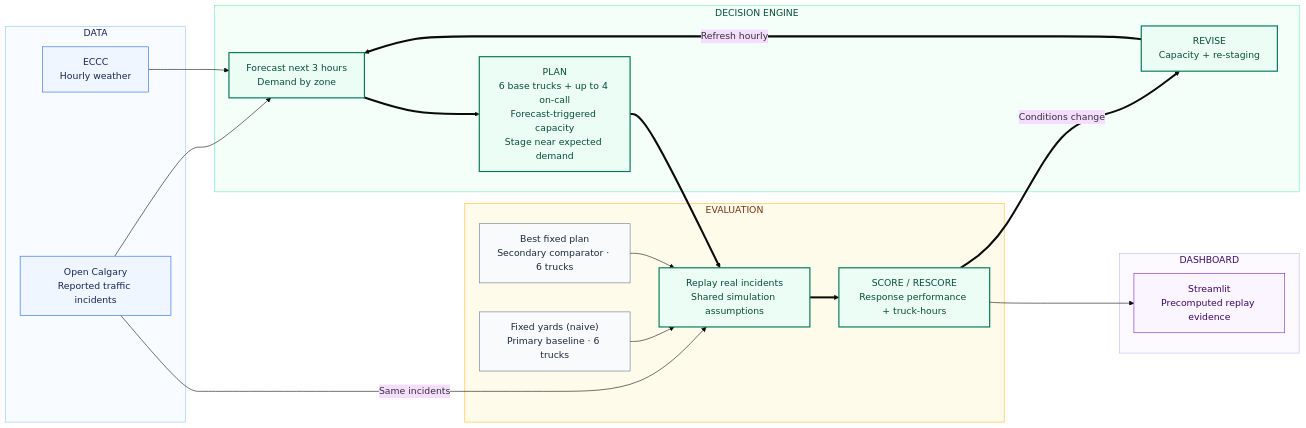
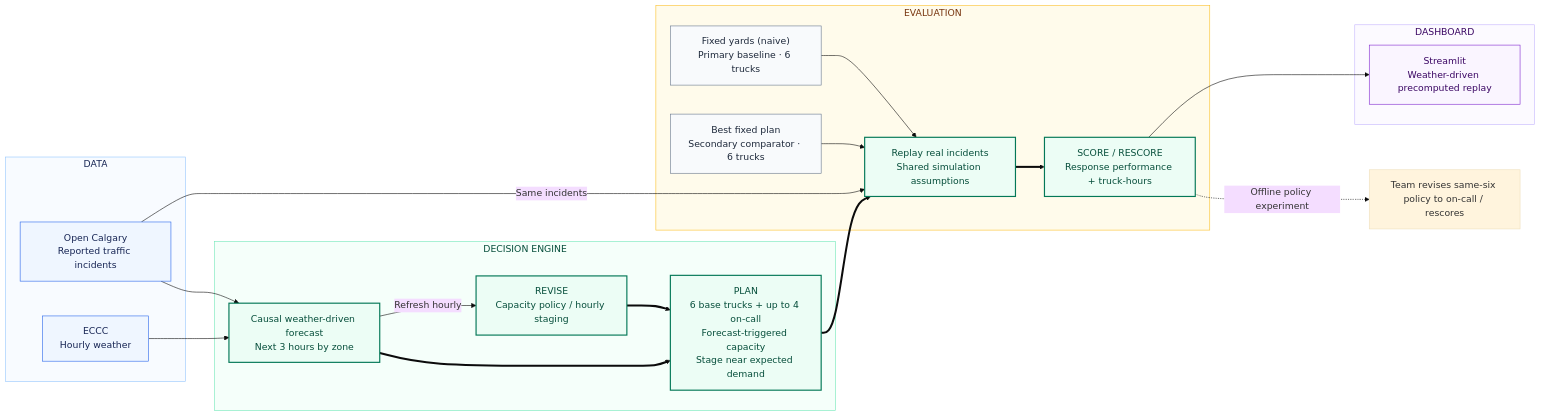
The diagram in docs/architecture-diagram.mmd (Drakooz/Stormstage), drawn with Mermaid (base theme) before and after one commit. The commit also changed 8 other files, not shown here.

Commit message:
Align demo, architecture, and submission docs with the final dashboard

```diff
--- a/docs/architecture-diagram.mmd
+++ b/docs/architecture-diagram.mmd
@@ -1,49 +1,49 @@
-%% Final design: current replay/results use B's stand-in forecast.
-%% A's final weather-driven forecast integration and evaluation are pending.
+%% Integrated source a: causal weather-driven forecast and saved replay evidence.
 flowchart LR
     subgraph DATA["DATA"]
         I["Open Calgary<br/>Reported traffic incidents"]
         W["ECCC<br/>Hourly weather"]
     end
 
     subgraph ENGINE["DECISION ENGINE"]
-        F["Forecast next 3 hours<br/>Demand by zone"]
+        F["Causal weather-driven forecast<br/>Next 3 hours by zone"]
         P["PLAN<br/>6 base trucks + up to 4 on-call<br/>Forecast-triggered capacity<br/>Stage near expected demand"]
-        V["REVISE<br/>Capacity + re-staging"]
+        V["REVISE<br/>Capacity policy / hourly staging"]
     end
 
     subgraph EVAL["EVALUATION"]
         B1["Fixed yards (naive)<br/>Primary baseline · 6 trucks"]
         B2["Best fixed plan<br/>Secondary comparator · 6 trucks"]
         R["Replay real incidents<br/>Shared simulation assumptions"]
         S["SCORE / RESCORE<br/>Response performance + truck-hours"]
     end
 
     subgraph DASH["DASHBOARD"]
-        D["Streamlit<br/>Precomputed replay evidence"]
+        D["Streamlit<br/>Weather-driven precomputed replay"]
     end
 
     I --> F
     W --> F
     F ==> P
     P ==> R
     I -->|Same incidents| R
     B1 --> R
     B2 --> R
     R ==> S
-    S ==>|Conditions change| V
-    V ==>|Refresh hourly| F
+    S -.->|Offline policy experiment| E["Team revises same-six policy to on-call / rescores"]
+    F -->|Refresh hourly| V
+    V ==> P
     S --> D
 
     classDef data fill:#eff6ff,stroke:#2563eb,color:#172554
     classDef loop fill:#ecfdf5,stroke:#047857,color:#064e3b,stroke-width:2px
     classDef baseline fill:#f8fafc,stroke:#64748b,color:#1e293b
     classDef dashboard fill:#faf5ff,stroke:#7e22ce,color:#3b0764
     class I,W data
     class F,P,V,R,S loop
     class B1,B2 baseline
     class D dashboard
     style DATA fill:#f8fbff,stroke:#93c5fd,color:#172554
     style ENGINE fill:#f5fffa,stroke:#6ee7b7,color:#064e3b
     style EVAL fill:#fffbeb,stroke:#fbbf24,color:#78350f
     style DASH fill:#fcfaff,stroke:#c4b5fd,color:#3b0764
```
